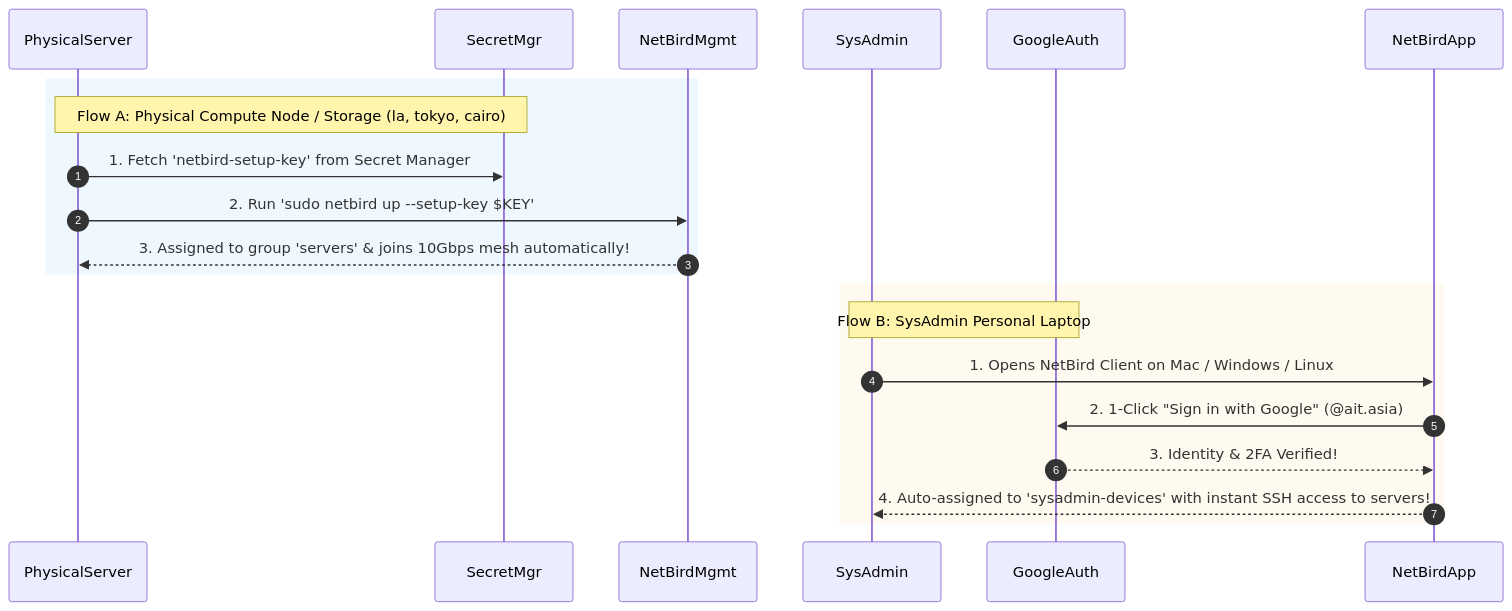
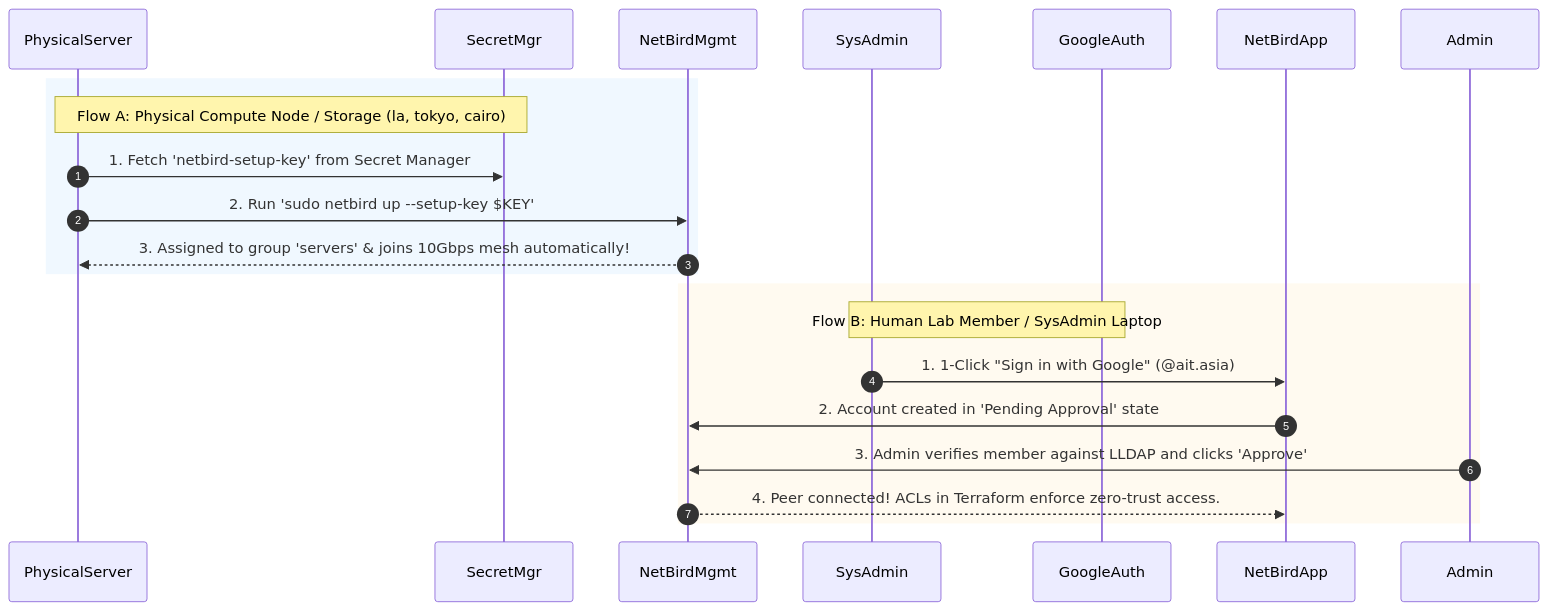
One commit to AIT-brainlab/brainlab-base changed the third of 3 diagrams in mgmt/terraform/vpn/README.md. Above: the diagram before and after it, drawn with Mermaid. The commit also changed other lines of this file and 25 other files, not shown here.

First line of the commit message:
feat: Add Google OAuth2 Client ID and Secret to Terraform Secrets Management

````diff
--- a/mgmt/terraform/vpn/README.md
+++ b/mgmt/terraform/vpn/README.md
@@ -117,19 +126,19 @@
 ```mermaid
 sequenceDiagram
     autonumber
     
     rect rgb(240, 248, 255)
     Note over PhysicalServer,SecretMgr: Flow A: Physical Compute Node / Storage (la, tokyo, cairo)
     PhysicalServer->>SecretMgr: 1. Fetch 'netbird-setup-key' from Secret Manager
     PhysicalServer->>NetBirdMgmt: 2. Run 'sudo netbird up --setup-key $KEY'
     NetBirdMgmt-->>PhysicalServer: 3. Assigned to group 'servers' & joins 10Gbps mesh automatically!
     end
 
     rect rgb(255, 250, 240)
-    Note over SysAdmin,GoogleAuth: Flow B: SysAdmin Personal Laptop
-    SysAdmin->>NetBirdApp: 1. Opens NetBird Client on Mac / Windows / Linux
-    NetBirdApp->>GoogleAuth: 2. 1-Click "Sign in with Google" (@ait.asia)
-    GoogleAuth-->>NetBirdApp: 3. Identity & 2FA Verified!
-    NetBirdApp-->>SysAdmin: 4. Auto-assigned to 'sysadmin-devices' with instant SSH access to servers!
+    Note over SysAdmin,GoogleAuth: Flow B: Human Lab Member / SysAdmin Laptop
+    SysAdmin->>NetBirdApp: 1. 1-Click "Sign in with Google" (@ait.asia)
+    NetBirdApp->>NetBirdMgmt: 2. Account created in 'Pending Approval' state
+    Admin->>NetBirdMgmt: 3. Admin verifies member against LLDAP and clicks 'Approve'
+    NetBirdMgmt-->>NetBirdApp: 4. Peer connected! ACLs in Terraform enforce zero-trust access.
     end
 ```
````
